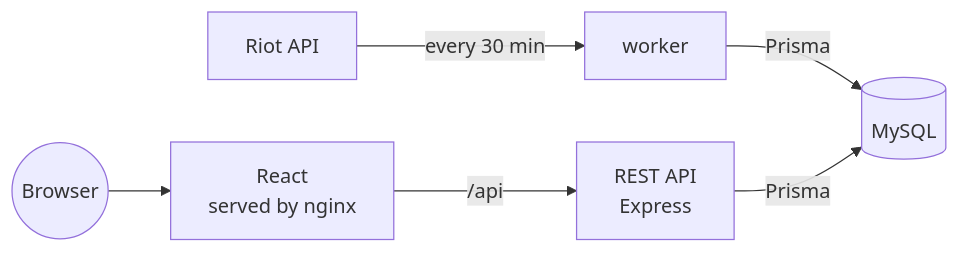
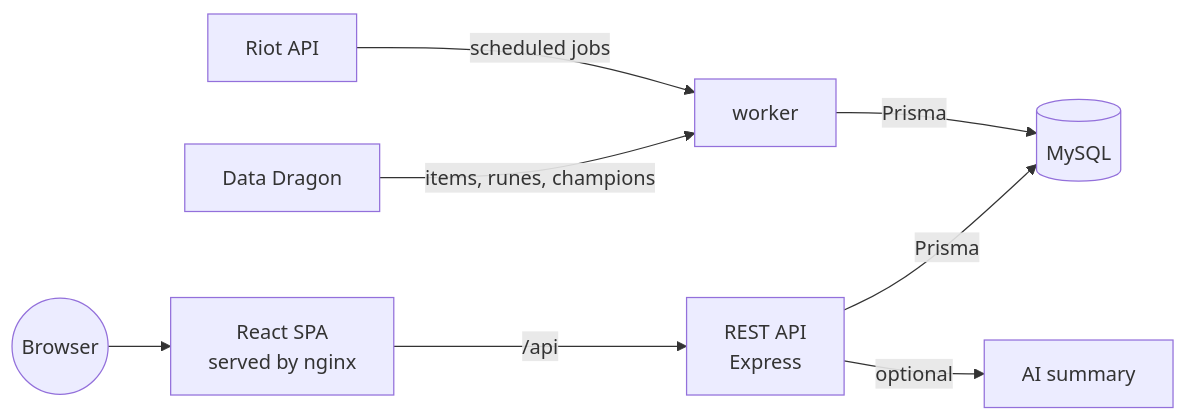
Before and after one commit to MK-1379/lol-stats: the diagram in README.md, drawn with Mermaid. The commit also changed other lines of this file and 9 other files, not shown here.

````diff
--- a/README.md
+++ b/README.md
@@ -31,8 +72,10 @@
 ```mermaid
 flowchart LR
-    riot[Riot API] -->|every 30 min| worker
+    riot[Riot API] -->|scheduled jobs| worker
+    ddragon[Data Dragon] -->|items, runes, champions| worker
     worker -->|Prisma| db[(MySQL)]
     api["REST API<br>Express"] -->|Prisma| db
-    web["React<br>served by nginx"] -->|/api| api
+    api -->|optional| ai[AI summary]
+    web["React SPA<br>served by nginx"] -->|/api| api
     user((Browser)) --> web
 ```
````
